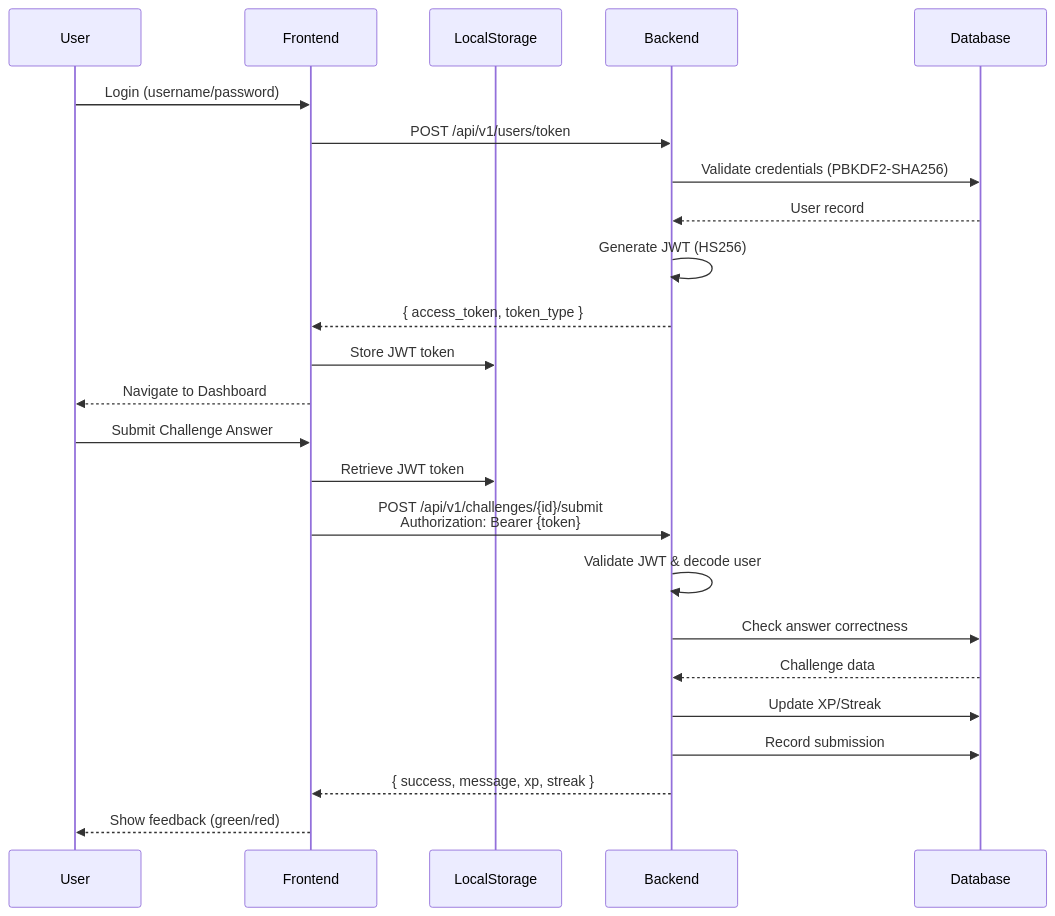
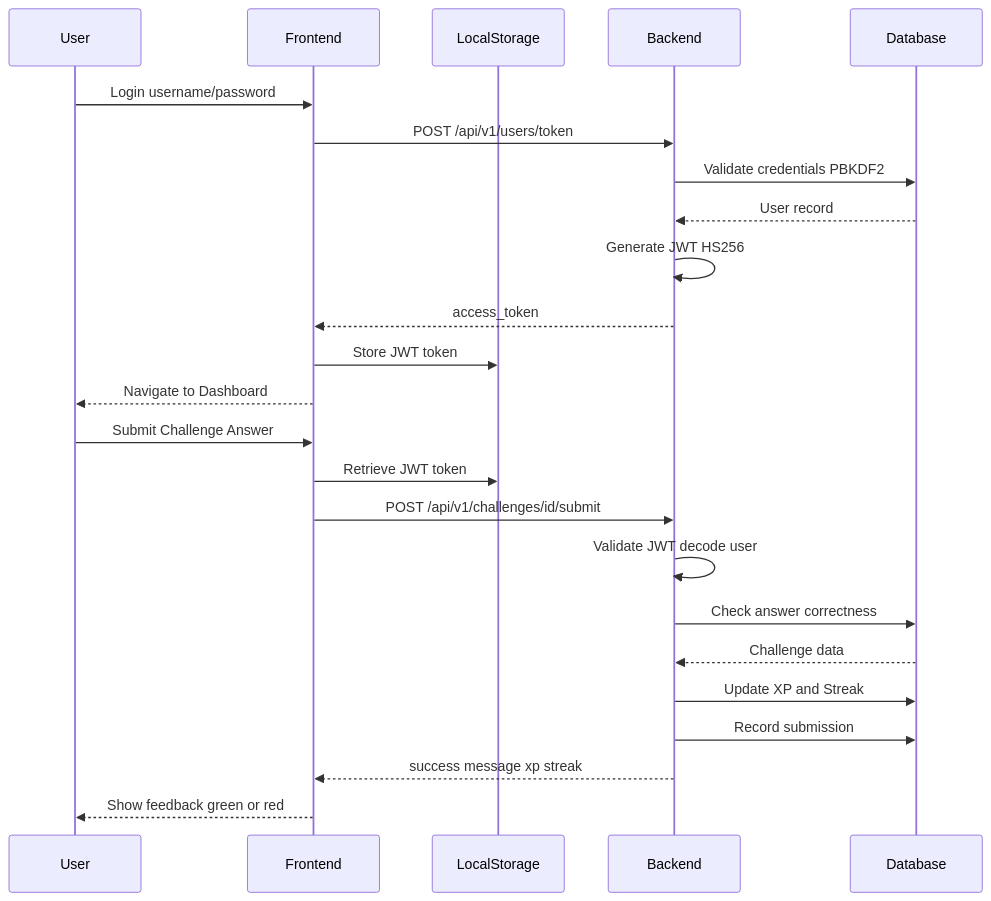
One commit to Mounikabalagani19/SkillSprint changed the second of 5 diagrams in README.md. Above: the diagram before and after it, drawn with Mermaid. The commit also changed other lines of this file and 170 other files, not shown here.

````diff
--- a/README.md
+++ b/README.md
@@ -99,28 +84,28 @@
 ```mermaid
 sequenceDiagram
     participant User
     participant Frontend
     participant LocalStorage
     participant Backend
     participant Database
     
-    User->>Frontend: Login (username/password)
+    User->>Frontend: Login username/password
     Frontend->>Backend: POST /api/v1/users/token
-    Backend->>Database: Validate credentials (PBKDF2-SHA256)
+    Backend->>Database: Validate credentials PBKDF2
     Database-->>Backend: User record
-    Backend->>Backend: Generate JWT (HS256)
-    Backend-->>Frontend: { access_token, token_type }
+    Backend->>Backend: Generate JWT HS256
+    Backend-->>Frontend: access_token
     Frontend->>LocalStorage: Store JWT token
     Frontend-->>User: Navigate to Dashboard
     
     User->>Frontend: Submit Challenge Answer
     Frontend->>LocalStorage: Retrieve JWT token
-    Frontend->>Backend: POST /api/v1/challenges/{id}/submit<br/>Authorization: Bearer {token}
-    Backend->>Backend: Validate JWT & decode user
+    Frontend->>Backend: POST /api/v1/challenges/id/submit
+    Backend->>Backend: Validate JWT decode user
     Backend->>Database: Check answer correctness
     Database-->>Backend: Challenge data
-    Backend->>Database: Update XP/Streak
+    Backend->>Database: Update XP and Streak
     Backend->>Database: Record submission
-    Backend-->>Frontend: { success, message, xp, streak }
-    Frontend-->>User: Show feedback (green/red)
+    Backend-->>Frontend: success message xp streak
+    Frontend-->>User: Show feedback green or red
 ```
````
